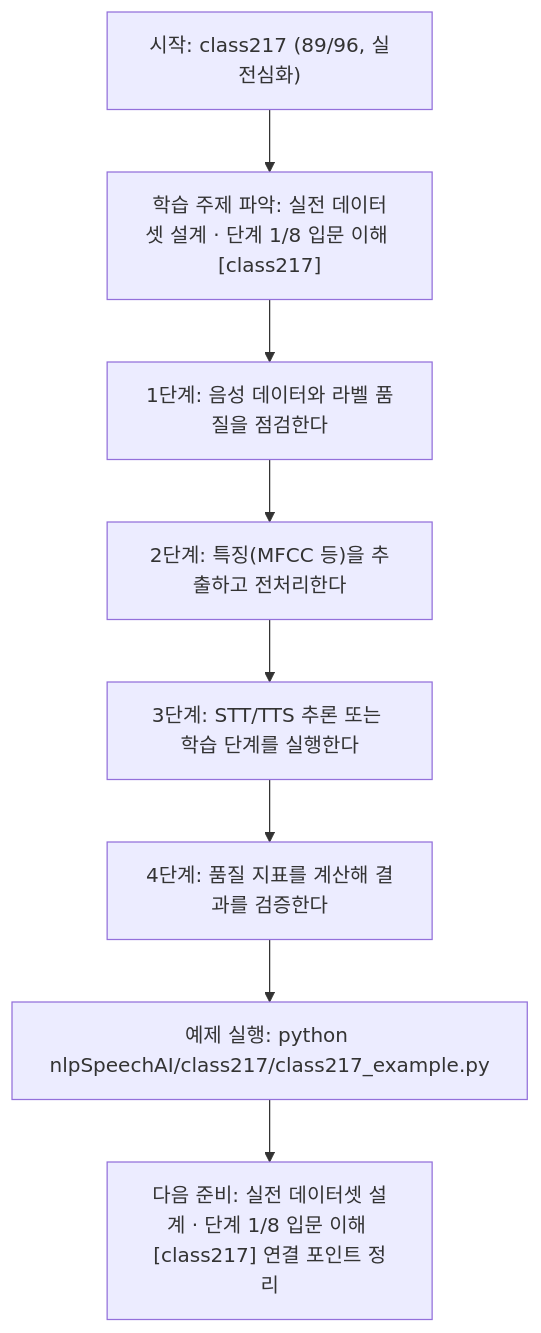
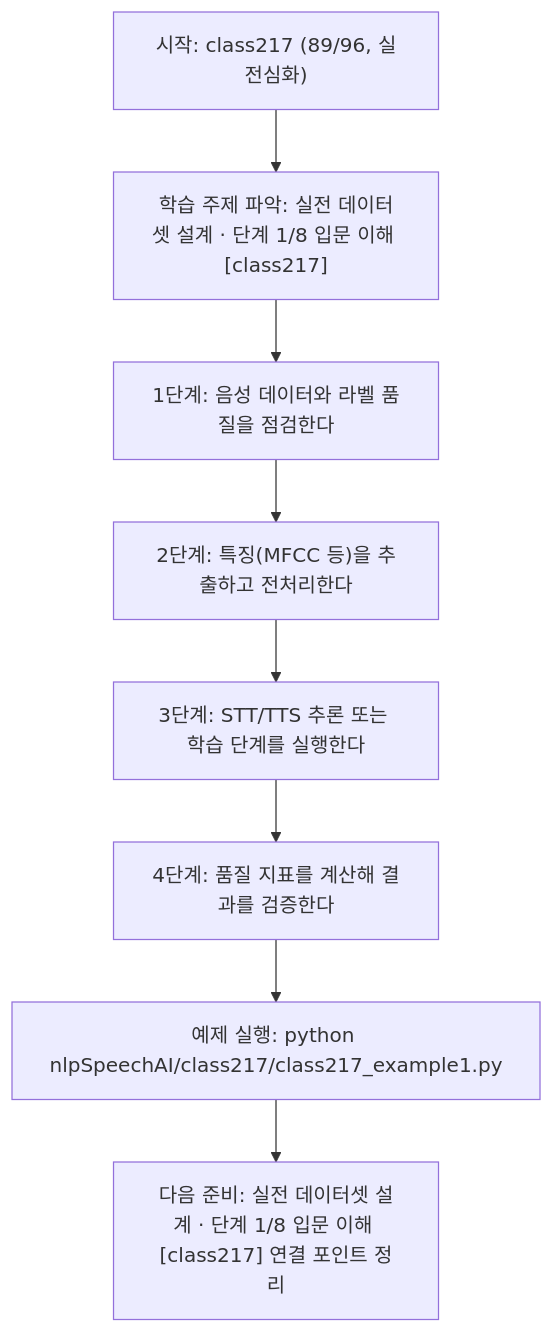
Before and after one commit to edumgt/Python-AI_Agent-Class: the diagram in nlpSpeechAI/class217/class217.md, drawn with Mermaid. The commit also changed other lines of this file and 2959 other files, not shown here.

````diff
--- a/nlpSpeechAI/class217/class217.md
+++ b/nlpSpeechAI/class217/class217.md
@@ -114,18 +114,18 @@
 ```mermaid
 flowchart TD
 N1["시작: class217 (89/96, 실전심화)"]
 N2["학습 주제 파악: 실전 데이터셋 설계 · 단계 1/8 입문 이해 [class217]"]
 N3["1단계: 음성 데이터와 라벨 품질을 점검한다"]
 N4["2단계: 특징(MFCC 등)을 추출하고 전처리한다"]
 N5["3단계: STT/TTS 추론 또는 학습 단계를 실행한다"]
 N6["4단계: 품질 지표를 계산해 결과를 검증한다"]
-N7["예제 실행: python nlpSpeechAI/class217/class217_example.py"]
+N7["예제 실행: python nlpSpeechAI/class217/class217_example1.py"]
 N8["다음 준비: 실전 데이터셋 설계 · 단계 1/8 입문 이해 [class217] 연결 포인트 정리"]
 N1 --> N2
 N2 --> N3
 N3 --> N4
 N4 --> N5
 N5 --> N6
 N6 --> N7
 N7 --> N8
 ```
````
